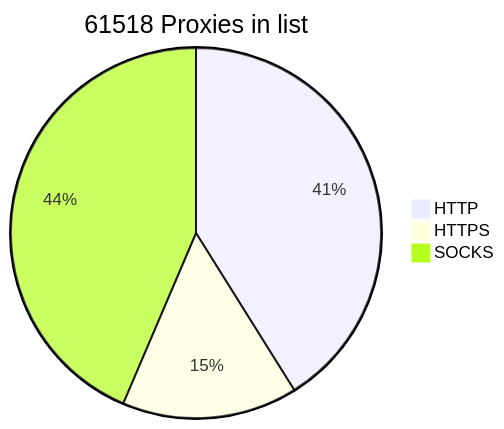
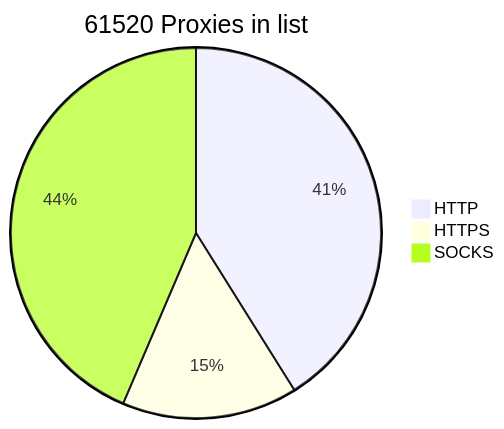
Before and after one commit to BlackSnowDot/proxylist-update-every-minute: the diagram in README.md, drawn with Mermaid.

````diff
--- a/README.md
+++ b/README.md
@@ -2,6 +2,6 @@
 ```mermaid
-pie title 61518 Proxies in list
-    "HTTP" : 28744
-    "HTTPS": 10719
+pie title 61520 Proxies in list
+    "HTTP" : 28745
+    "HTTPS": 10723
     "SOCKS" : 30475
 ```
````
